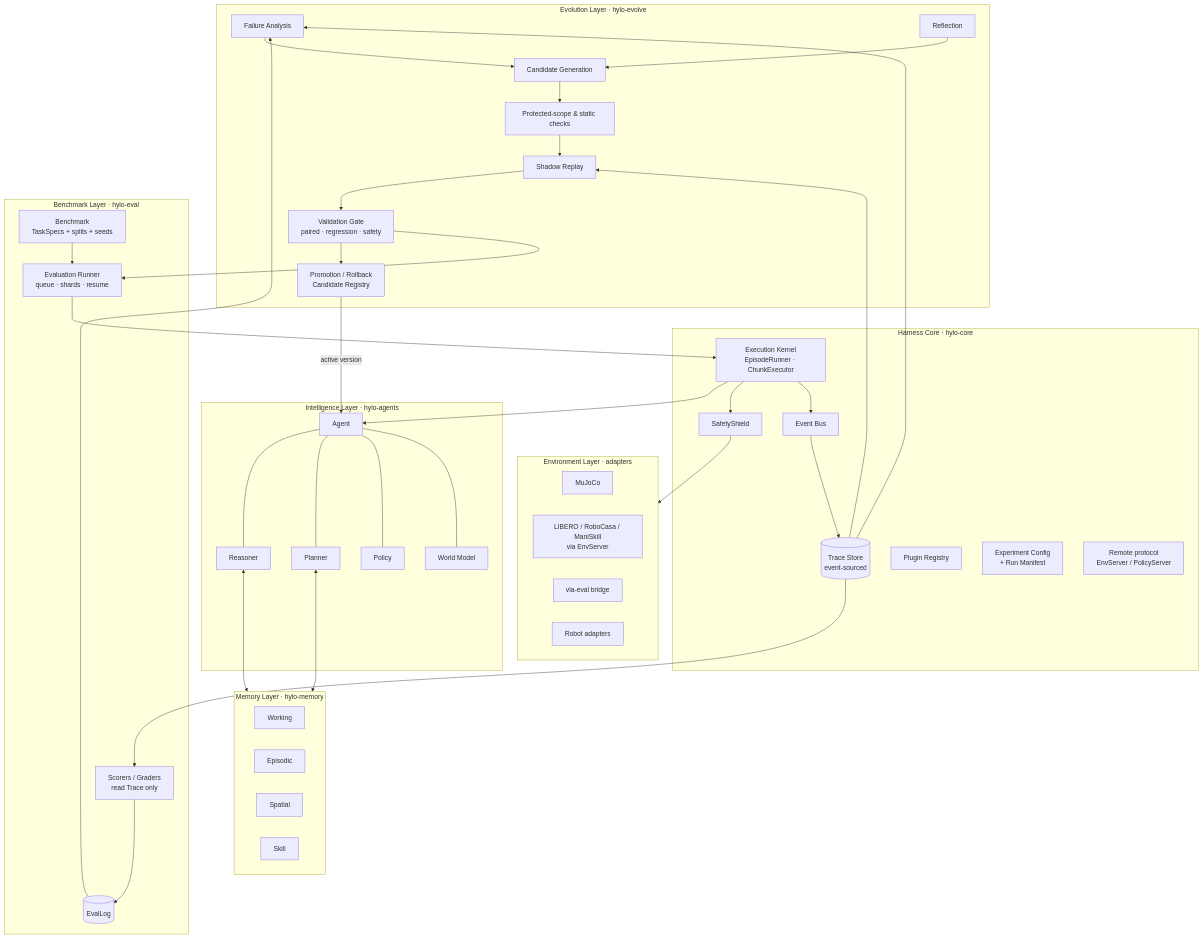
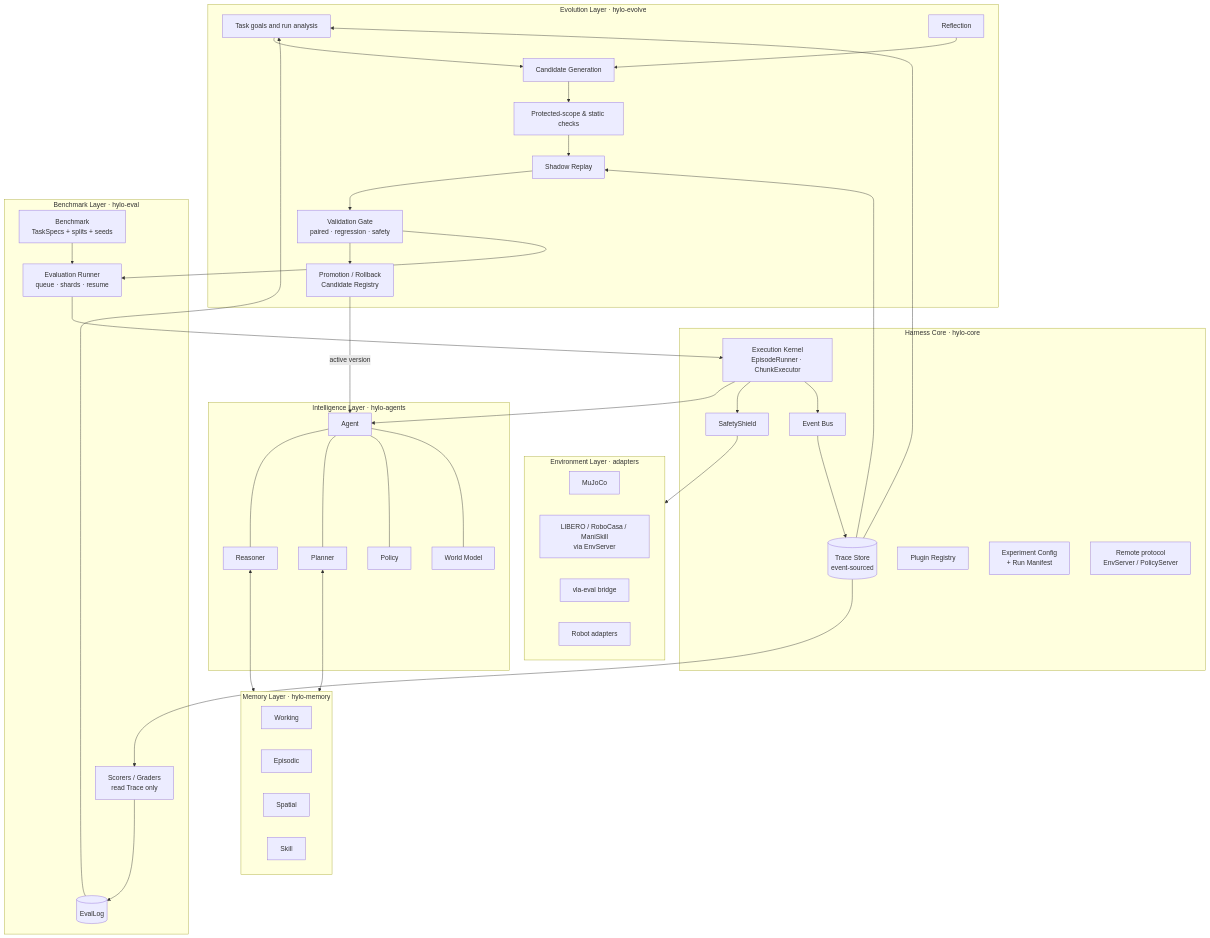
The diagram in docs/design/architecture.md (HyloAI/hylo-docs), drawn with Mermaid before and after one commit. The commit also changed other lines of this file and 37 other files, not shown here.

````diff
--- a/docs/design/architecture.md
+++ b/docs/design/architecture.md
@@ -27,64 +34,64 @@
 ```mermaid
 flowchart TB
   subgraph EVO[Evolution Layer · hylo-evolve]
-    DIAG[Failure Analysis] --> GEN[Candidate Generation]
+    DIAG[Task goals and run analysis] --> GEN[Candidate Generation]
     GEN --> CHK[Protected-scope & static checks]
     CHK --> SHD[Shadow Replay]
     SHD --> VAL[Validation Gate<br/>paired · regression · safety]
     VAL --> PROM[Promotion / Rollback<br/>Candidate Registry]
     REFL[Reflection] --> GEN
   end
 
   subgraph BENCH[Benchmark Layer · hylo-eval]
     BM[Benchmark<br/>TaskSpecs + splits + seeds]
     RUN[Evaluation Runner<br/>queue · shards · resume]
     SC[Scorers / Graders<br/>read Trace only]
     EL[(EvalLog)]
   end
 
   subgraph CORE[Harness Core · hylo-core]
     K[Execution Kernel<br/>EpisodeRunner · ChunkExecutor]
     SH[SafetyShield]
     BUS[Event Bus]
     TR[(Trace Store<br/>event-sourced)]
     REG[Plugin Registry]
     CFG[Experiment Config<br/>+ Run Manifest]
     RPC[Remote protocol<br/>EnvServer / PolicyServer]
   end
 
   subgraph INT[Intelligence Layer · hylo-agents]
     AG[Agent]
     RS[Reasoner]
     PL[Planner]
     PO[Policy]
     WMOD[World Model]
   end
 
   subgraph MEM[Memory Layer · hylo-memory]
     WMEM[Working]
     EPI[Episodic]
     SPA[Spatial]
     SKL[Skill]
   end
 
   subgraph ENVL[Environment Layer · adapters]
     MJ[MuJoCo]
     LIB[LIBERO / RoboCasa / ManiSkill<br/>via EnvServer]
     VLE[vla-eval bridge]
     ROB[Robot adapters]
   end
 
   RUN --> K
   BM --> RUN
   K --> AG
   K --> SH --> ENVL
   K --> BUS --> TR
   TR --> SC --> EL
   AG --- RS & PL & PO & WMOD
   RS & PL <--> MEM
   EL --> DIAG
   TR --> DIAG
   TR --> SHD
   VAL --> RUN
   PROM -->|active version| AG
 ```
````
